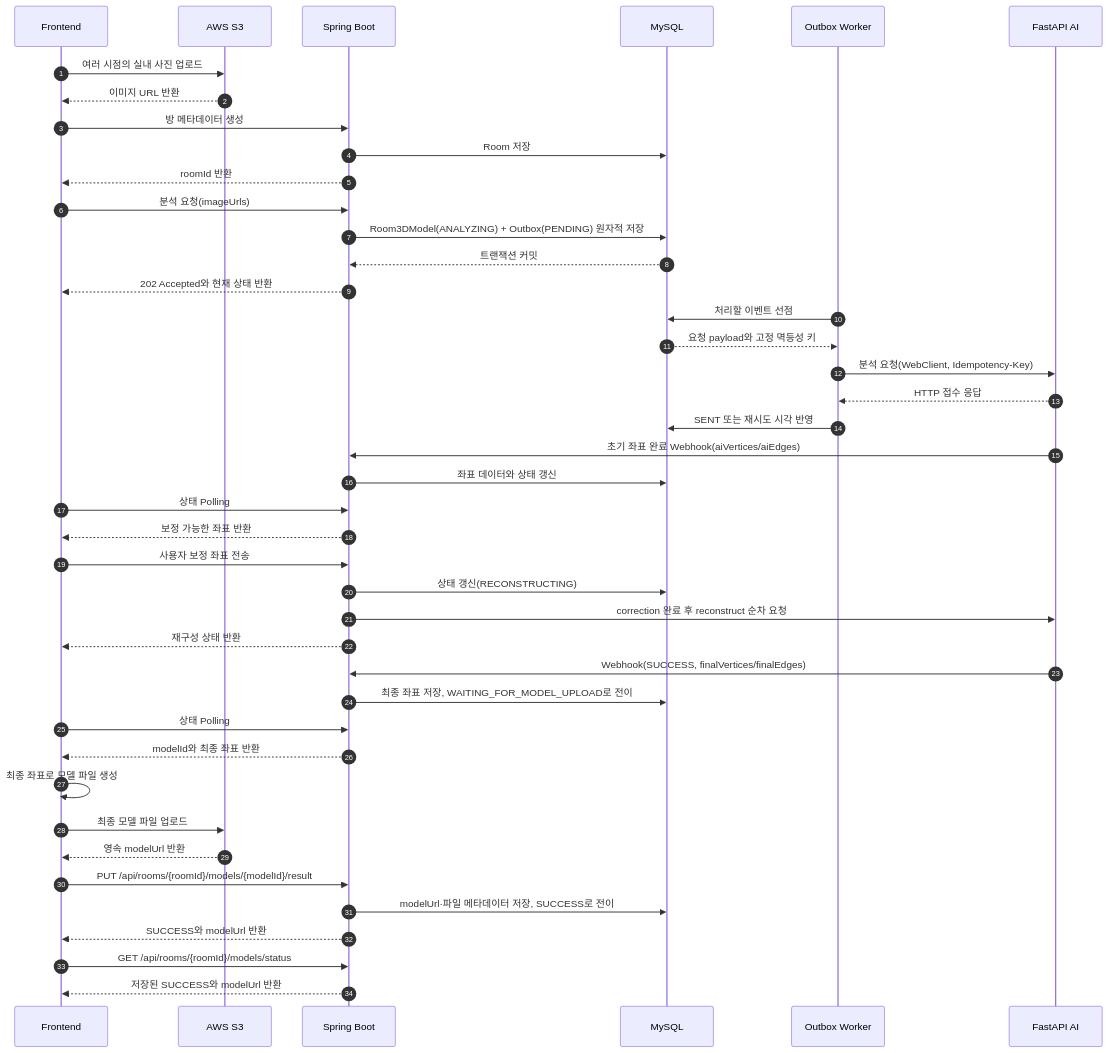
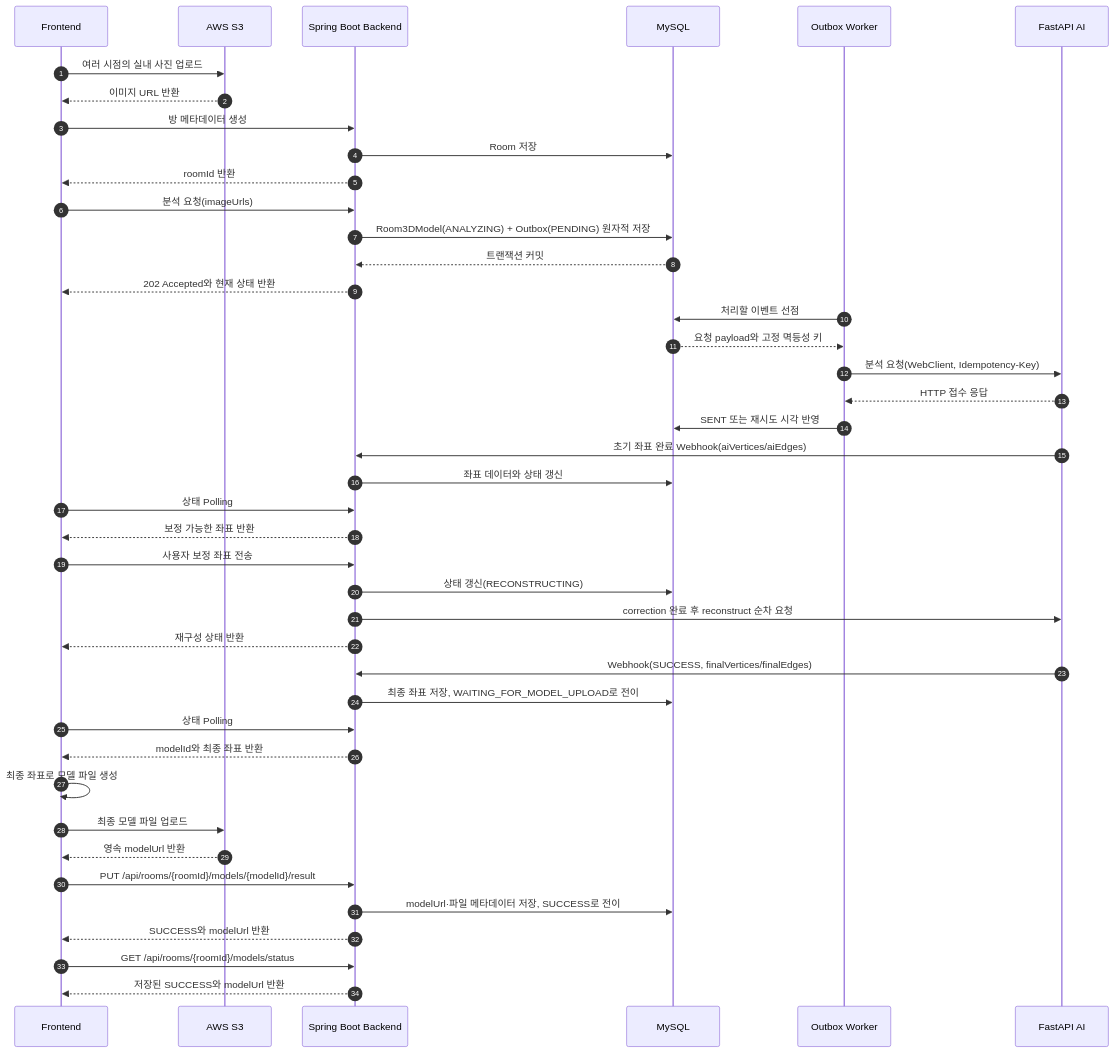
The second of 3 diagrams in README.md (wjs4379/3d-reconstruction-backend-portfolio), drawn with Mermaid before and after one commit. The commit also changed other lines of this file, not shown here.

````diff
--- a/README.md
+++ b/README.md
@@ -56,48 +56,48 @@
 ```mermaid
 sequenceDiagram
     autonumber
     participant FE as Frontend
     participant S3 as AWS S3
-    participant BE as Spring Boot
+    participant BE as Spring Boot Backend
     participant DB as MySQL
     participant WORKER as Outbox Worker
     participant AI as FastAPI AI
 
     FE->>S3: 여러 시점의 실내 사진 업로드
     S3-->>FE: 이미지 URL 반환
     FE->>BE: 방 메타데이터 생성
     BE->>DB: Room 저장
     BE-->>FE: roomId 반환
     FE->>BE: 분석 요청(imageUrls)
     BE->>DB: Room3DModel(ANALYZING) + Outbox(PENDING) 원자적 저장
     DB-->>BE: 트랜잭션 커밋
     BE-->>FE: 202 Accepted와 현재 상태 반환
     WORKER->>DB: 처리할 이벤트 선점
     DB-->>WORKER: 요청 payload와 고정 멱등성 키
     WORKER->>AI: 분석 요청(WebClient, Idempotency-Key)
     AI-->>WORKER: HTTP 접수 응답
     WORKER->>DB: SENT 또는 재시도 시각 반영
 
     AI->>BE: 초기 좌표 완료 Webhook(aiVertices/aiEdges)
     BE->>DB: 좌표 데이터와 상태 갱신
     FE->>BE: 상태 Polling
     BE-->>FE: 보정 가능한 좌표 반환
 
     FE->>BE: 사용자 보정 좌표 전송
     BE->>DB: 상태 갱신(RECONSTRUCTING)
     BE->>AI: correction 완료 후 reconstruct 순차 요청
     BE-->>FE: 재구성 상태 반환
 
     AI->>BE: Webhook(SUCCESS, finalVertices/finalEdges)
     BE->>DB: 최종 좌표 저장, WAITING_FOR_MODEL_UPLOAD로 전이
     FE->>BE: 상태 Polling
     BE-->>FE: modelId와 최종 좌표 반환
     FE->>FE: 최종 좌표로 모델 파일 생성
     FE->>S3: 최종 모델 파일 업로드
     S3-->>FE: 영속 modelUrl 반환
     FE->>BE: PUT /api/rooms/{roomId}/models/{modelId}/result
     BE->>DB: modelUrl·파일 메타데이터 저장, SUCCESS로 전이
     BE-->>FE: SUCCESS와 modelUrl 반환
     FE->>BE: GET /api/rooms/{roomId}/models/status
     BE-->>FE: 저장된 SUCCESS와 modelUrl 반환
 ```
````
